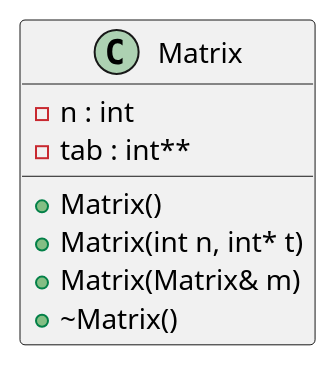
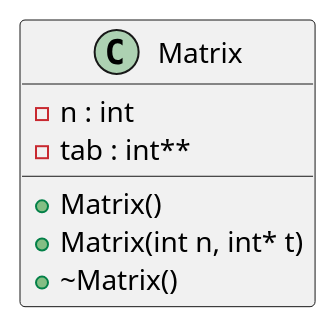
The diagram in inline_umlgraph_pnghtml.pu (kluchoo/Matrix), drawn with PlantUML before and after one commit. The commit also changed 9 other files, not shown here.

```diff
--- a/inline_umlgraph_pnghtml.pu
+++ b/inline_umlgraph_pnghtml.pu
@@ -1,11 +1,10 @@
 @startuml inline_umlgraph_1.png
 class Matrix {
 -n : int
 -tab : int**
 +Matrix()
 +Matrix(int n, int* t)
-+Matrix(Matrix& m)
 +~Matrix()
 
 }
 @enduml
```
